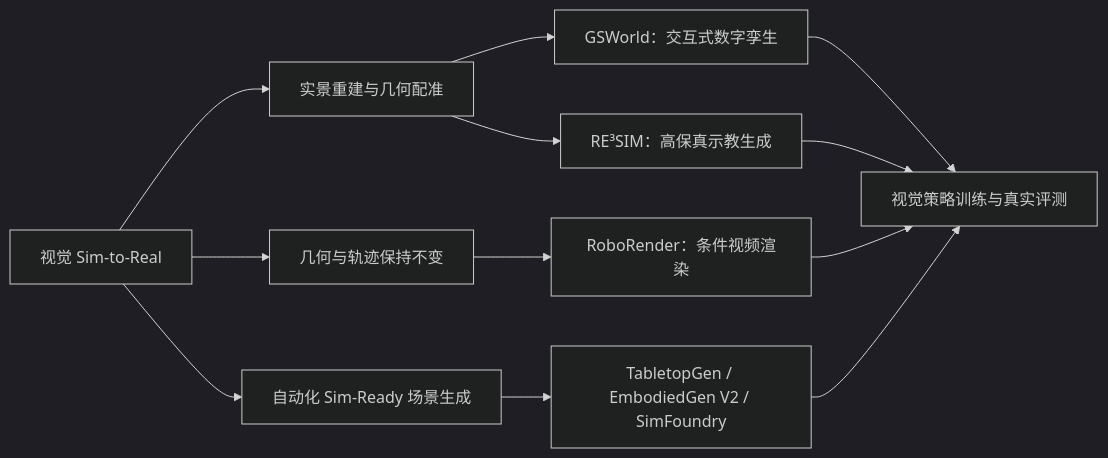
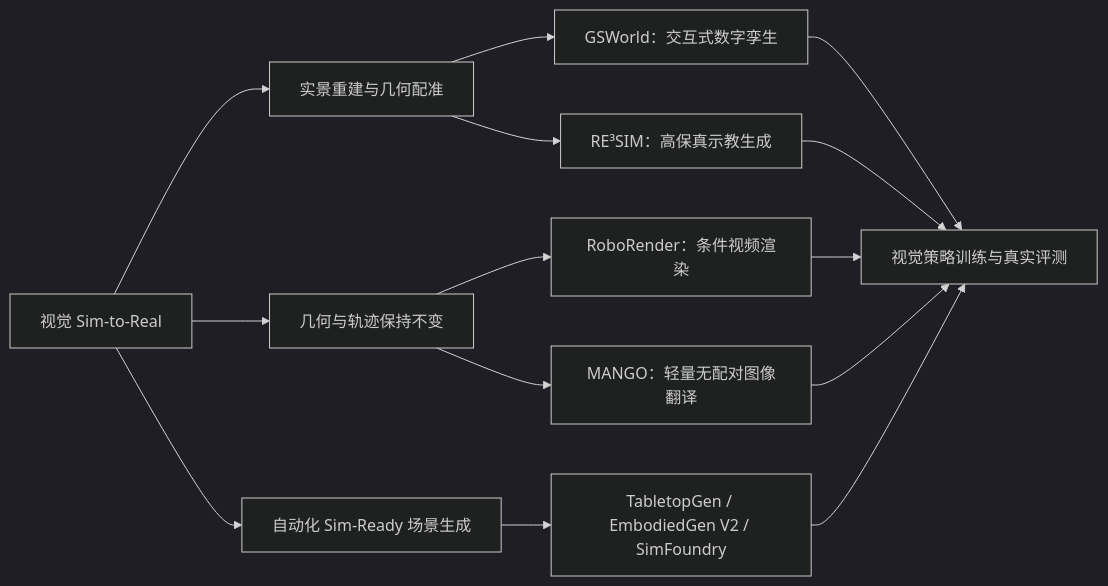
Before and after one commit to hellojean123/Sim2Real-Frontier-Survey: the second of 29 diagrams in docs/Sim2Real_前沿技术路线综述_2025-2026.md, drawn with Mermaid (dark theme). The commit also changed other lines of this file and 12 other files, not shown here.

````diff
--- a/docs/Sim2Real_前沿技术路线综述_2025-2026.md
+++ b/docs/Sim2Real_前沿技术路线综述_2025-2026.md
@@ -101,14 +102,16 @@
 ```mermaid
 flowchart LR
   A[视觉 Sim-to-Real] --> B[实景重建与几何配准]
   B --> C[GSWorld：交互式数字孪生]
   B --> D[RE³SIM：高保真示教生成]
   A --> E[几何与轨迹保持不变]
   E --> F[RoboRender：条件视频渲染]
+  E --> M[MANGO：轻量无配对图像翻译]
   C --> G[视觉策略训练与真实评测]
   D --> G
   F --> G
+  M --> G
   A --> H[自动化 Sim-Ready 场景生成]
   H --> I[TabletopGen / EmbodiedGen V2 / SimFoundry]
   I --> G
 ```
````
